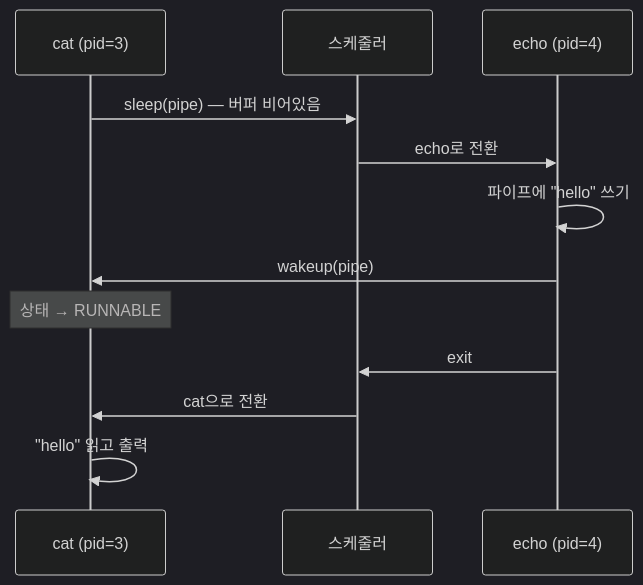
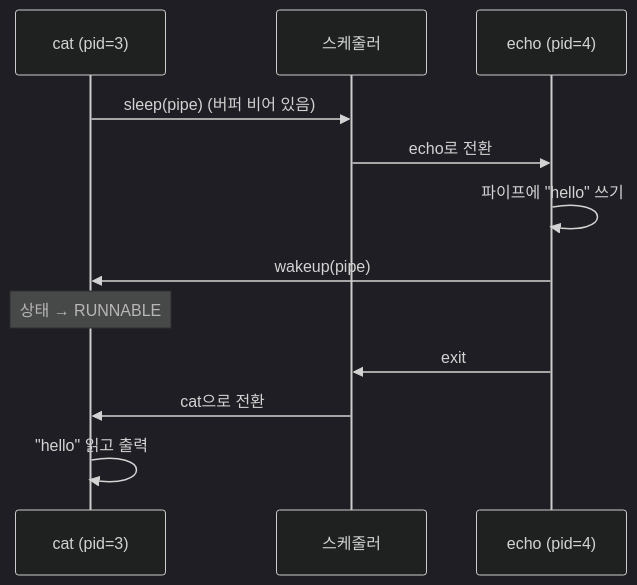
One commit to Choroning/26Spring_Operating-Systems changed the sixth of 6 diagrams in Lecture-Notes/Week06_CPU-Scheduling-1/Concepts_Lab.ko.md. Above: the diagram before and after it, drawn with Mermaid (dark theme). The commit also changed other lines of this file and 45 other files, not shown here.

````diff
--- a/Lecture-Notes/Week06_CPU-Scheduling-1/Concepts_Lab.ko.md
+++ b/Lecture-Notes/Week06_CPU-Scheduling-1/Concepts_Lab.ko.md
@@ -353,14 +353,14 @@
 ```mermaid
 sequenceDiagram
     participant Cat as cat (pid=3)
     participant Sched as 스케줄러
     participant Echo as echo (pid=4)
-    Cat->>Sched: sleep(pipe) — 버퍼 비어있음
+    Cat->>Sched: sleep(pipe) (버퍼 비어 있음)
     Sched->>Echo: echo로 전환
     Echo->>Echo: 파이프에 "hello" 쓰기
     Echo->>Cat: wakeup(pipe)
     Note over Cat: 상태 → RUNNABLE
     Echo->>Sched: exit
     Sched->>Cat: cat으로 전환
     Cat->>Cat: "hello" 읽고 출력
 ```
````
